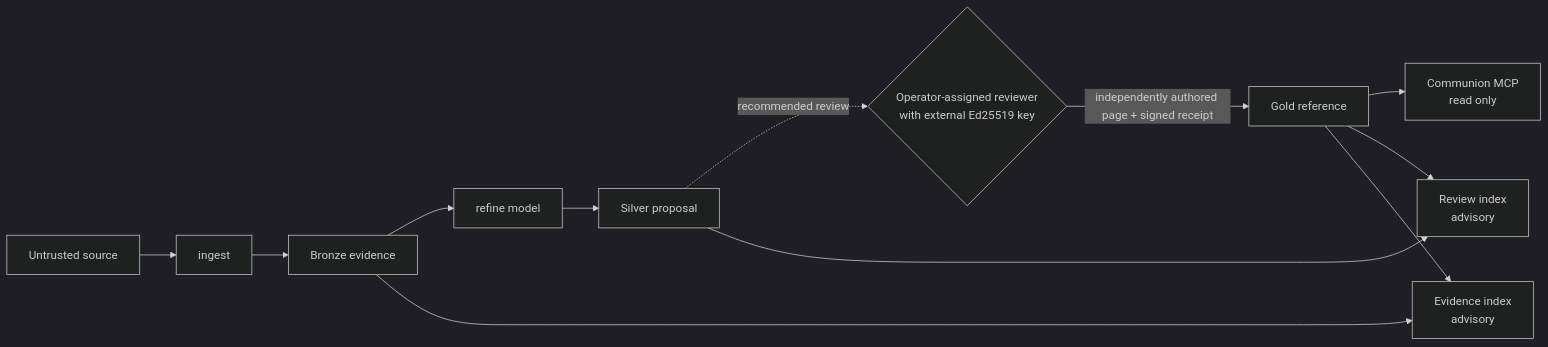
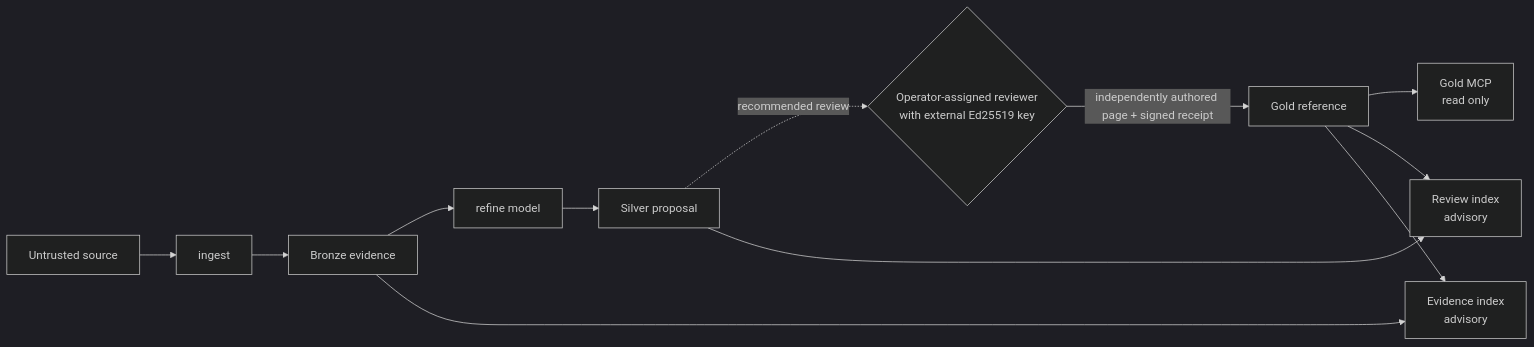
Before and after one commit to patschmittdev/Ziggurat: the diagram in README.md, drawn with Mermaid (dark theme). The commit also changed other lines of this file and 53 other files, not shown here.

First line of the commit message:
docs: pre-release review — accuracy, dedup, and the communion→gold rename (#9)

````diff
--- a/README.md
+++ b/README.md
@@ -44,14 +44,14 @@
 ```mermaid
 flowchart LR
     U[Untrusted source] --> I[ingest]
     I --> B[Bronze evidence]
     B --> R[refine model]
     R --> S[Silver proposal]
     S -. recommended review .-> H{Operator-assigned reviewer\nwith external Ed25519 key}
     H -->|independently authored page + signed receipt| G[Gold reference]
-    G --> C[Communion MCP\nread only]
+    G --> C[Gold MCP\nread only]
     B --> E[Evidence index\nadvisory]
     S --> V[Review index\nadvisory]
     G --> V
     G --> E
 ```
````
